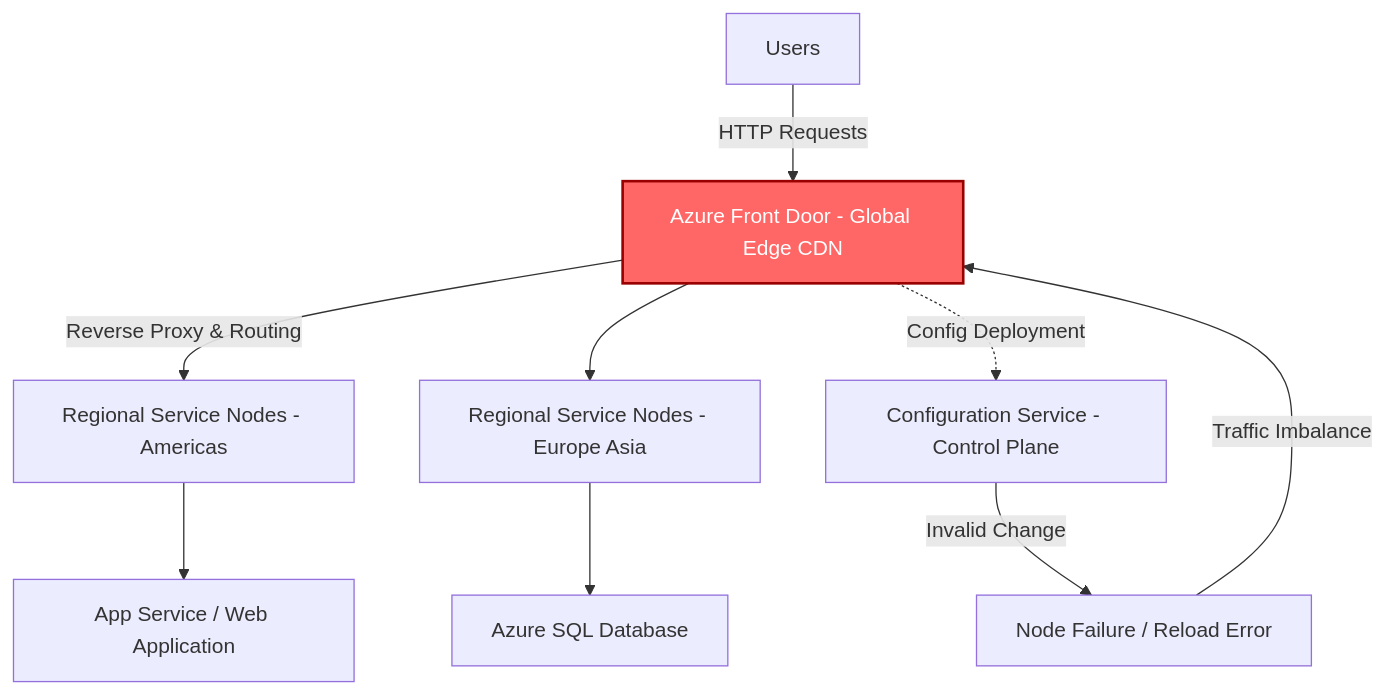
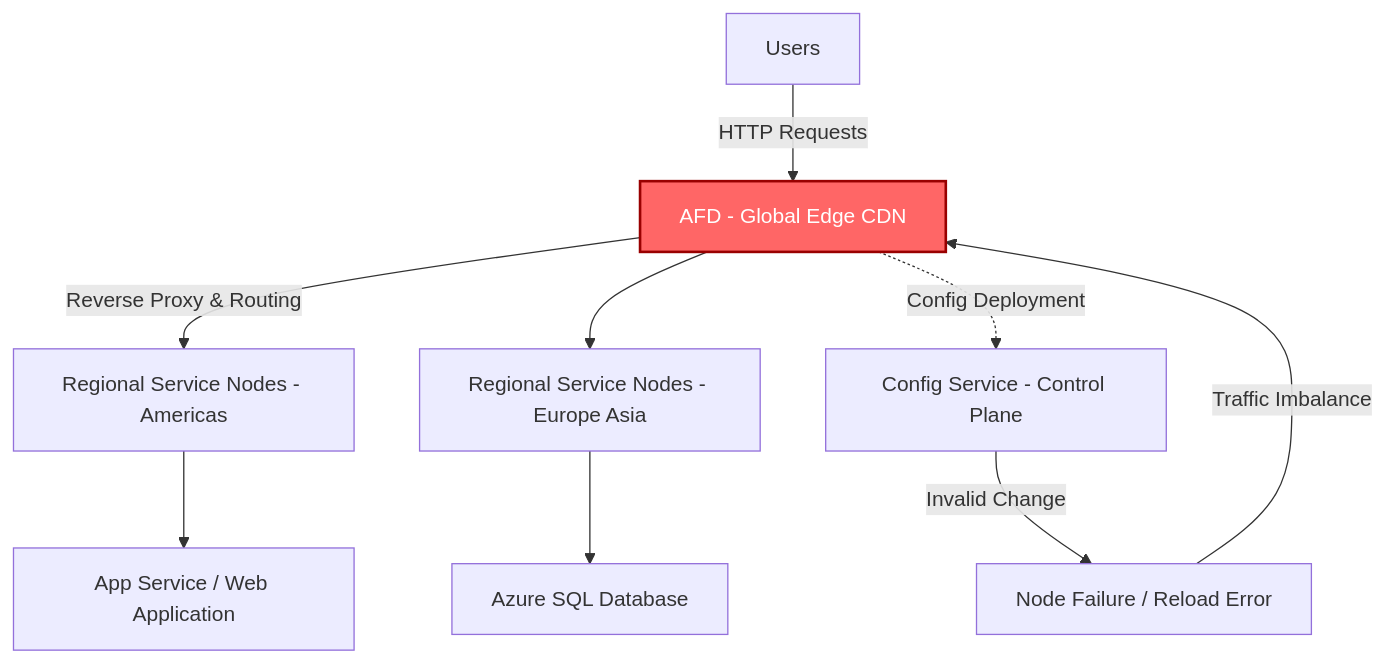
The diagram in case-studies/azure/2025-10-29/README.md (safesploitOrg/docs), drawn with Mermaid before and after one commit. The commit also changed other lines of this file, not shown here.

````diff
--- a/case-studies/azure/2025-10-29/README.md
+++ b/case-studies/azure/2025-10-29/README.md
@@ -118,15 +119,15 @@
 ```mermaid
 %% Azure Front Door Outage (29 Oct 2025) – Simplified Architecture Flow
 graph TD
 
-    U[Users] -->|HTTP Requests| AFD[Azure Front Door - Global Edge CDN]
+    U[Users] -->|HTTP Requests| AFD[AFD - Global Edge CDN]
     AFD -->|Reverse Proxy & Routing| RS1[Regional Service Nodes - Americas]
     AFD --> RS2[Regional Service Nodes - Europe Asia]
     RS1 --> APP1[App Service / Web Application]
     RS2 --> DB1[Azure SQL Database]
-    AFD -. Config Deployment .-> CFG[Configuration Service - Control Plane]
+    AFD -. Config Deployment .-> CFG[Config Service - Control Plane]
     CFG -->|Invalid Change| ERR[Node Failure / Reload Error]
     ERR -->|Traffic Imbalance| AFD
 
     style AFD fill:#f66,stroke:#900,stroke-width:2px,color:#fff
 ```
````
